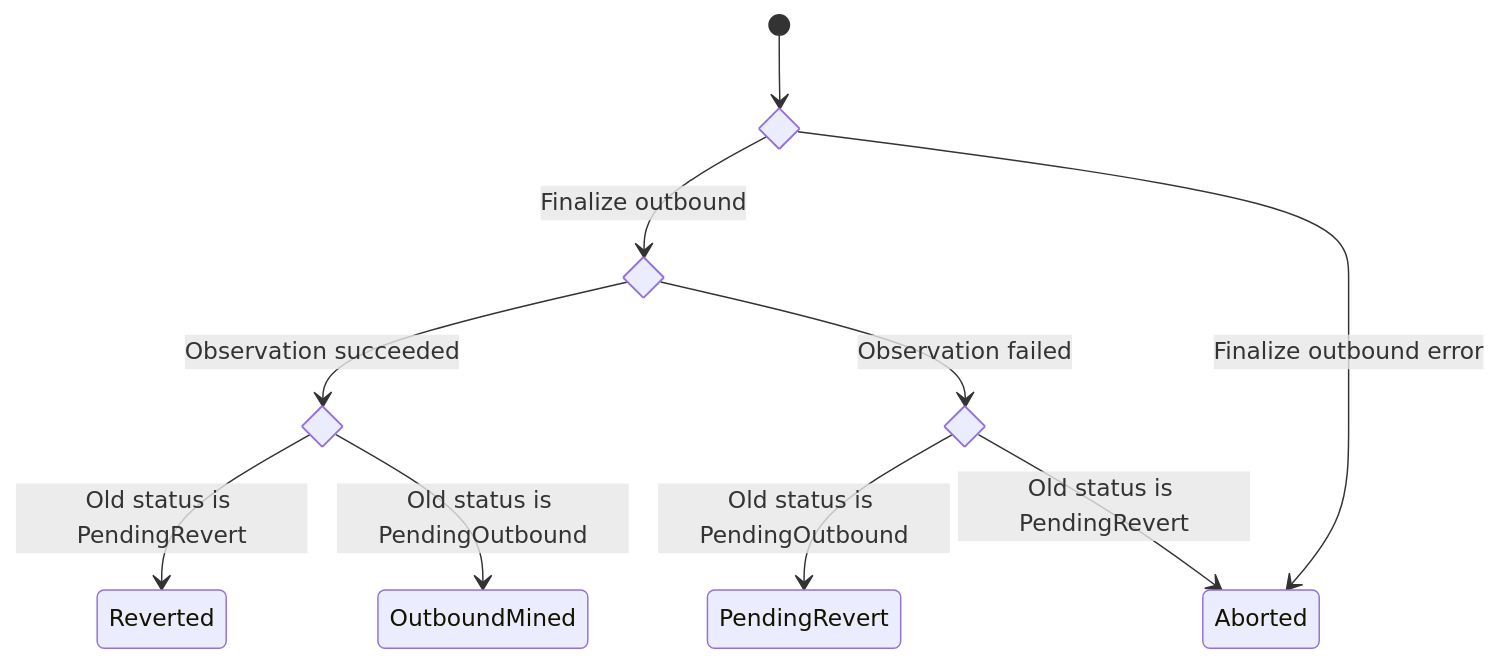
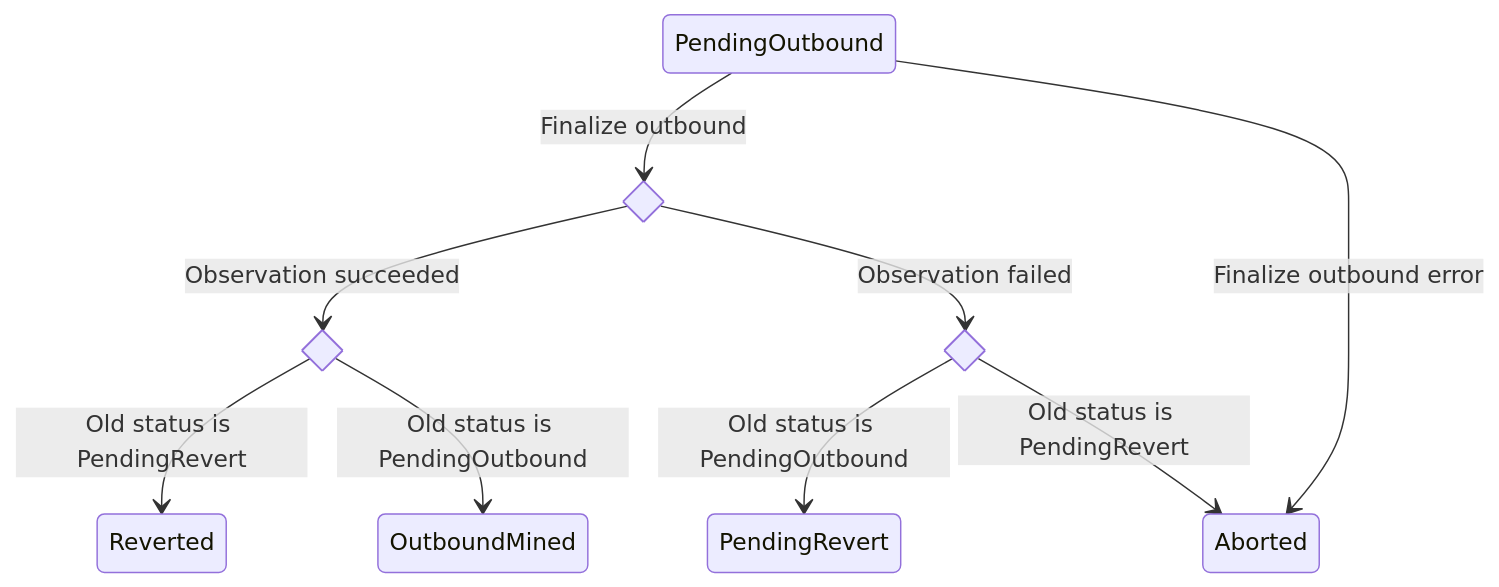
Before and after one commit to zeta-chain/node: the first of 2 diagrams in docs/spec/crosschain/messages.md, drawn with Mermaid. The commit also changed other lines of this file, not shown here.

````diff
--- a/docs/spec/crosschain/messages.md
+++ b/docs/spec/crosschain/messages.md
@@ -110,18 +110,16 @@
 ```mermaid
 stateDiagram-v2
 
-	state finalize_outbound <<choice>>
 	state observation <<choice>>
 	state success_old_status <<choice>>
 	state fail_old_status <<choice>>
-	[*] --> finalize_outbound
-	finalize_outbound --> observation: Finalize outbound
+	PendingOutbound --> observation: Finalize outbound
 	observation --> success_old_status: Observation succeeded
 	success_old_status --> Reverted: Old status is PendingRevert
 	success_old_status --> OutboundMined: Old status is PendingOutbound
 	observation --> fail_old_status: Observation failed
 	fail_old_status --> PendingRevert: Old status is PendingOutbound
 	fail_old_status --> Aborted: Old status is PendingRevert
-	finalize_outbound --> Aborted: Finalize outbound error
+	PendingOutbound --> Aborted: Finalize outbound error
 
 ```
````
